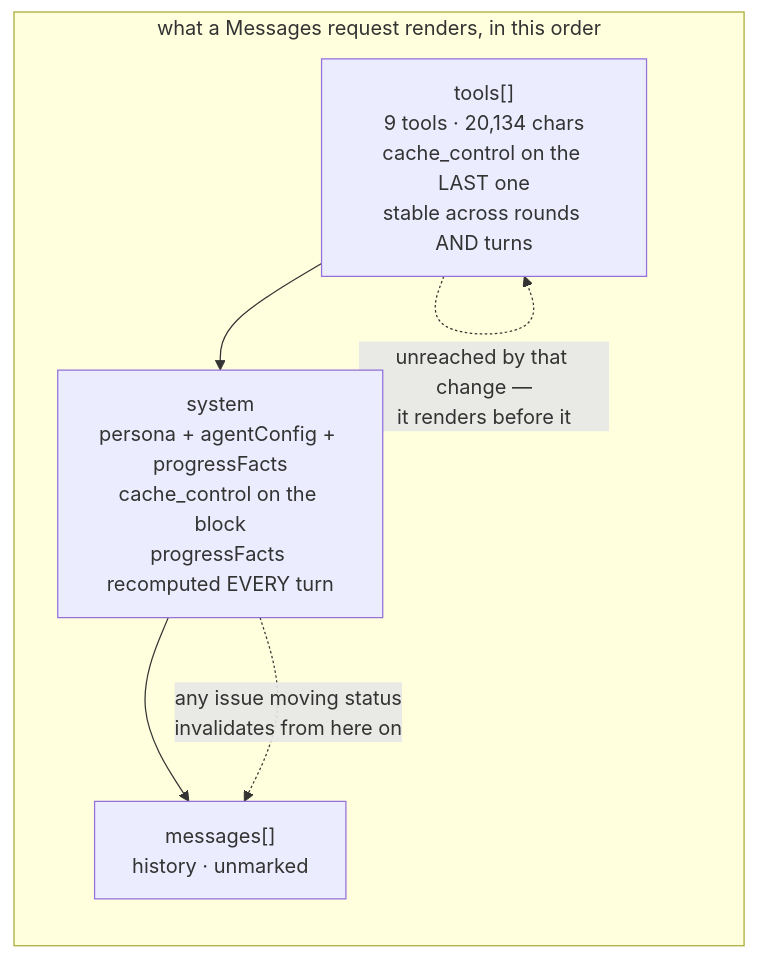
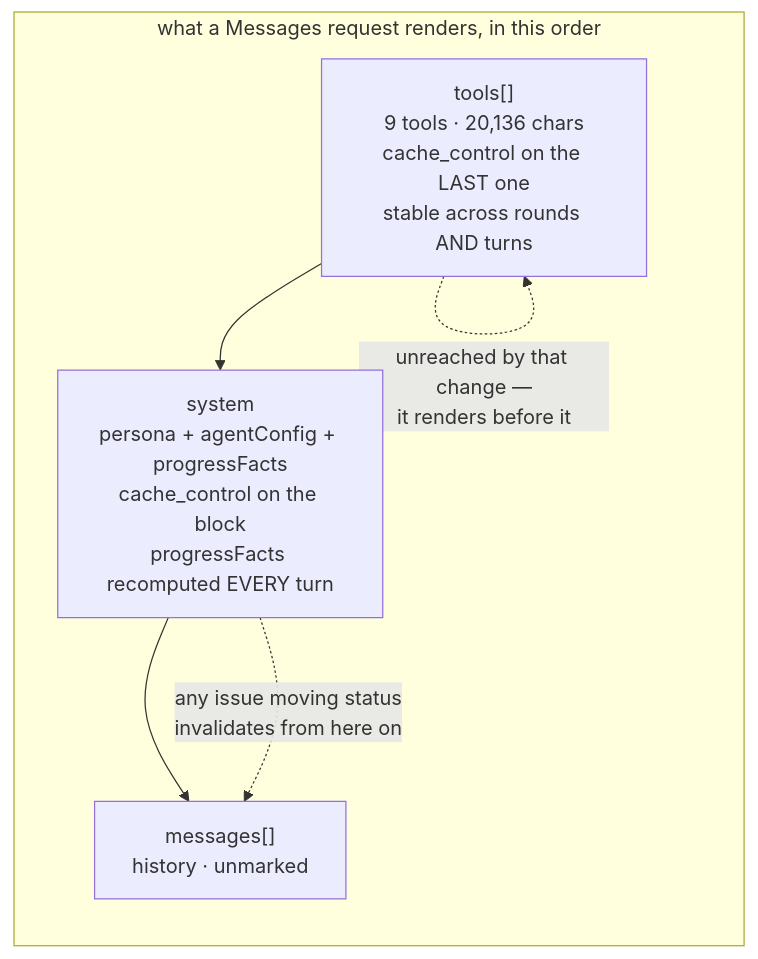
Before and after one commit to SidCorp-co/forge: the diagram in docs/modules/agent-execution/tool-catalog-cost.md, drawn with Mermaid. The commit also changed other lines of this file and 2 other files, not shown here.

First line of the commit message:
fix(assistant): the report's /mcp door figure had no code that produced it

````diff
--- a/docs/modules/agent-execution/tool-catalog-cost.md
+++ b/docs/modules/agent-execution/tool-catalog-cost.md
@@ -19,11 +19,11 @@
 ```mermaid
 flowchart LR
   subgraph PREFIX["what a Messages request renders, in this order"]
-    T["tools[]<br/>9 tools · 20,134 chars<br/>cache_control on the LAST one<br/>stable across rounds AND turns"]
+    T["tools[]<br/>9 tools · 20,136 chars<br/>cache_control on the LAST one<br/>stable across rounds AND turns"]
     S["system<br/>persona + agentConfig + progressFacts<br/>cache_control on the block<br/>progressFacts recomputed EVERY turn"]
     M["messages[]<br/>history · unmarked"]
   end
   T --> S --> M
   S -. "any issue moving status<br/>invalidates from here on" .-> M
   T -. "unreached by that change —<br/>it renders before it" .-> T
 ```
````
